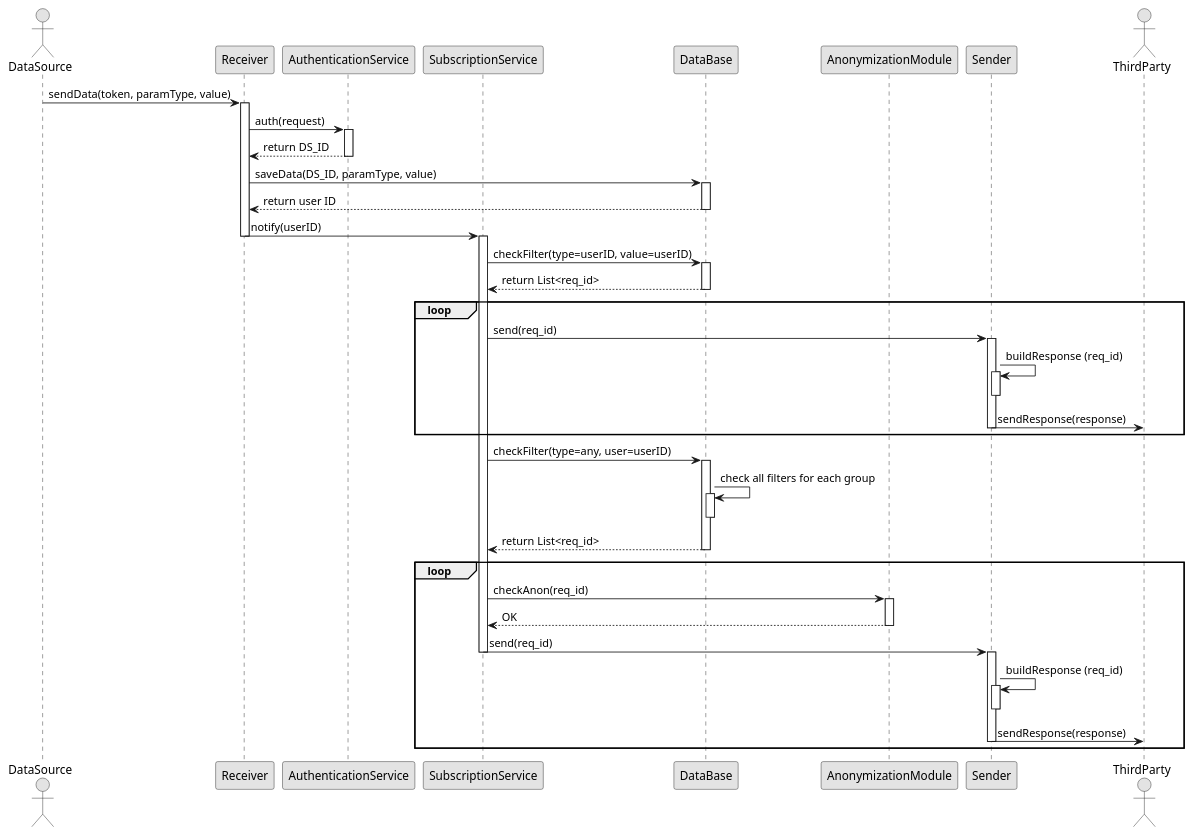
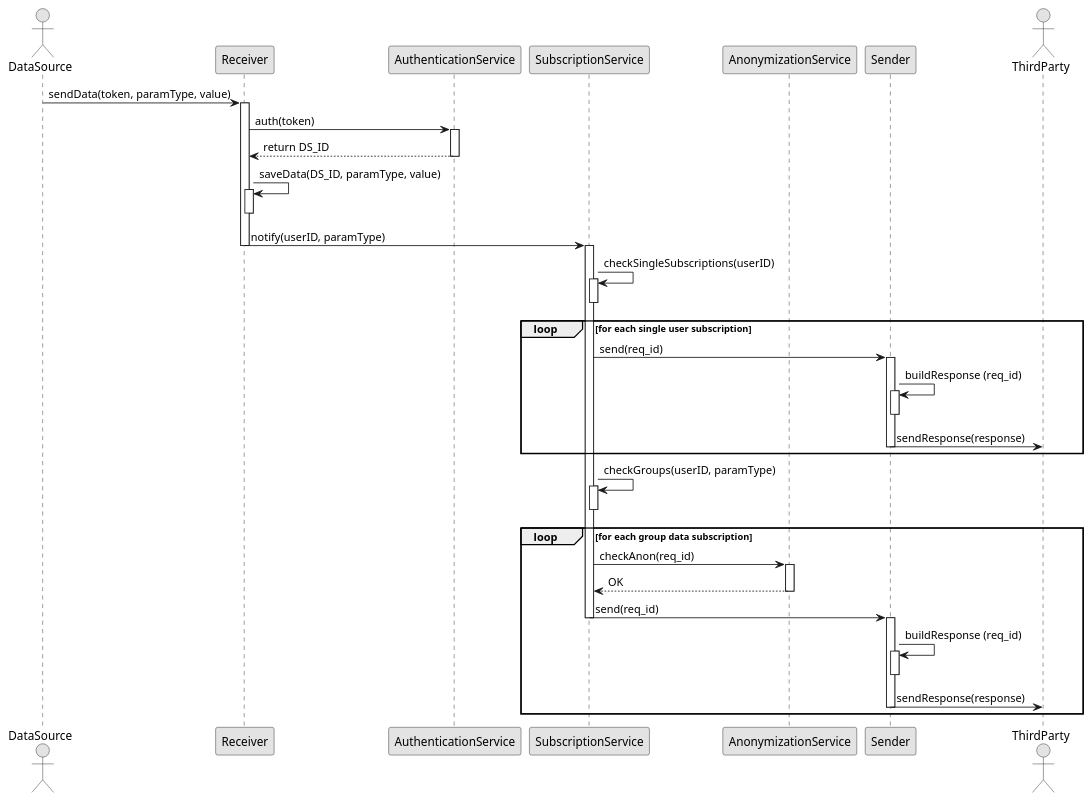
Before and after one commit to AlviseDeFaveri/BiscontiniDeFaveriGelli: the diagram in DD/diagrams/SubscriptionNotification_Sequence.puml, drawn with PlantUML. The commit also changed 9 other files, not shown here.

Commit message:
[DD] Added sequence diagrams description

```diff
--- a/DD/diagrams/SubscriptionNotification_Sequence.puml
+++ b/DD/diagrams/SubscriptionNotification_Sequence.puml
@@ -1,63 +1,56 @@
 @startuml
 skinparam monochrome true
 actor DataSource as DS
 participant Receiver as RCV
 participant AuthenticationService as AUTH
 participant SubscriptionService as SUB
-participant DataBase as DB
-participant AnonymizationModule as ANON
+participant AnonymizationService as ANON
 participant Sender as SND
 actor ThirdParty as TP
 
 DS -> RCV  : sendData(token, paramType, value)
 activate RCV
-RCV -> AUTH : auth(request)
+RCV -> AUTH : auth(token)
 activate AUTH
 AUTH --> RCV : return DS_ID
 deactivate AUTH
-RCV -> DB : saveData(DS_ID, paramType, value)
-activate DB
-DB --> RCV: return user ID
-deactivate DB
-RCV -> SUB: notify(userID)
+RCV -> RCV : saveData(DS_ID, paramType, value)
+activate RCV
+deactivate RCV
+RCV -> SUB: notify(userID, paramType)
 deactivate RCV
 activate SUB
 
-SUB -> DB: checkFilter(type=userID, value=userID)
-activate DB
-DB --> SUB: return List<req_id>
-deactivate DB
+SUB -> SUB: checkSingleSubscriptions(userID)
+activate SUB
+deactivate SUB
 
-loop
+loop for each single user subscription
 SUB -> SND: send(req_id)
 activate SND
 SND -> SND : buildResponse (req_id)
 activate SND
 deactivate SND
 SND ->TP : sendResponse(response)
 deactivate SND
 end loop
 
-SUB -> DB: checkFilter(type=any, user=userID)
-activate DB
-DB -> DB : check all filters for each group
-activate DB
-deactivate DB
-DB --> SUB: return List<req_id>
-deactivate DB
+SUB -> SUB: checkGroups(userID, paramType)
+activate SUB
+deactivate SUB
 
-loop
+loop for each group data subscription
 SUB -> ANON : checkAnon(req_id)
 activate ANON
 ANON --> SUB : OK
 deactivate ANON
 SUB -> SND: send(req_id)
 deactivate SUB
 activate SND
 SND -> SND : buildResponse (req_id)
 activate SND
 deactivate SND
 SND ->TP : sendResponse(response)
 deactivate SND
 end loop
 @enduml
```
